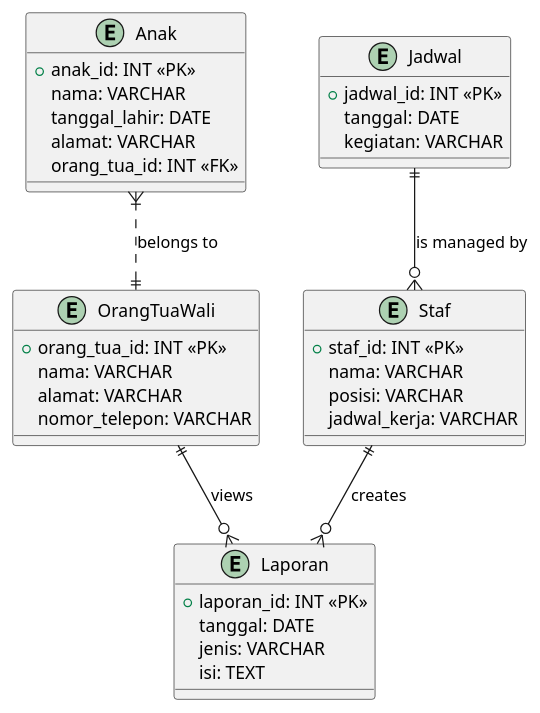
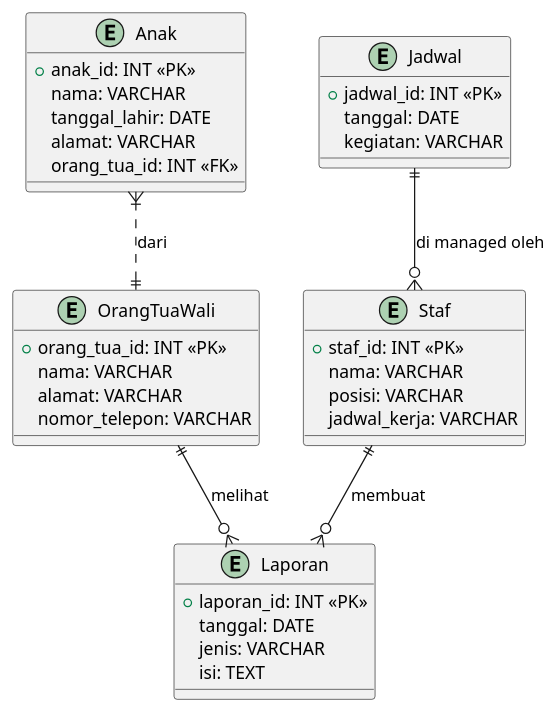
The diagram in UML/ERD.plantuml (ZIDANIDROS/BelajarBackend), drawn with PlantUML before and after one commit.

Commit message:
plant uml

```diff
--- a/UML/ERD.plantuml
+++ b/UML/ERD.plantuml
@@ -1,41 +1,41 @@
 @startuml ERD
 entity "Anak" as Anak {
   +anak_id: INT <<PK>>
   nama: VARCHAR
   tanggal_lahir: DATE
   alamat: VARCHAR
   orang_tua_id: INT <<FK>>
 }
 
 entity "OrangTuaWali" as OrangTuaWali {
   +orang_tua_id: INT <<PK>>
   nama: VARCHAR
   alamat: VARCHAR
   nomor_telepon: VARCHAR
 }
 
 entity "Staf" as Staf {
   +staf_id: INT <<PK>>
   nama: VARCHAR
   posisi: VARCHAR
   jadwal_kerja: VARCHAR
 }
 
 entity "Jadwal" as Jadwal {
   +jadwal_id: INT <<PK>>
   tanggal: DATE
   kegiatan: VARCHAR
 }
 
 entity "Laporan" as Laporan {
   +laporan_id: INT <<PK>>
   tanggal: DATE
   jenis: VARCHAR
   isi: TEXT
 }
 
-Anak }|..|| OrangTuaWali : "belongs to"
-Jadwal ||--o{ Staf : "is managed by"
-Staf ||--o{ Laporan : "creates"
-OrangTuaWali ||--o{ Laporan : "views"
+Anak }|..|| OrangTuaWali : "dari"
+Jadwal ||--o{ Staf : "di managed oleh"
+Staf ||--o{ Laporan : "membuat"
+OrangTuaWali ||--o{ Laporan : "melihat"
 @enduml
```
